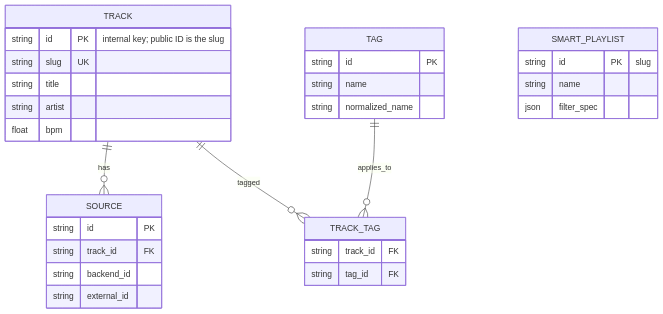
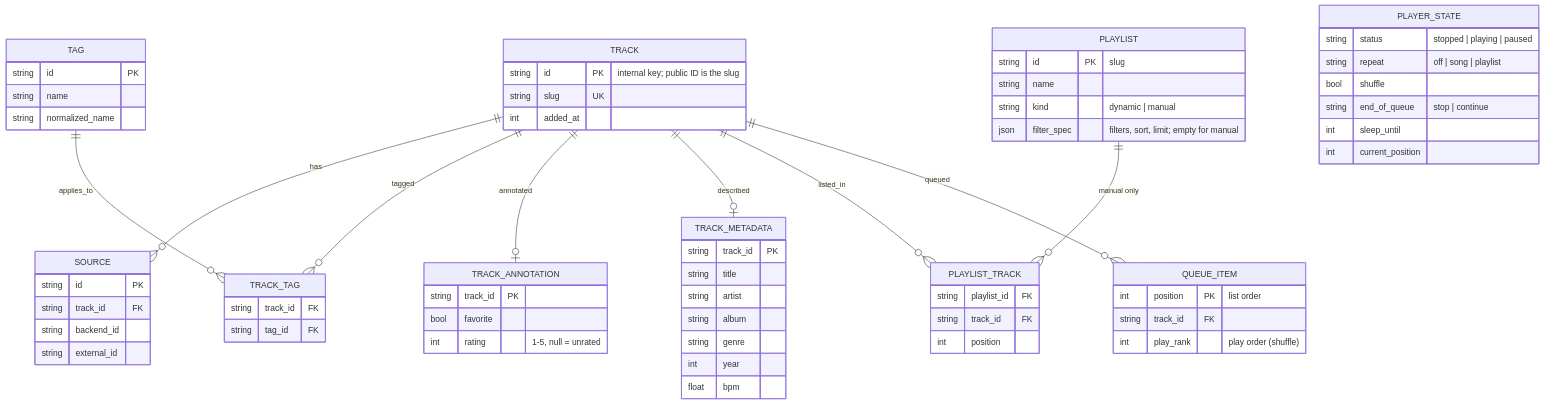
One commit to VaZark/weave changed the second of 2 diagrams in goals.md. Above: the diagram before and after it, drawn with Mermaid. The commit also changed other lines of this file and 23 other files, not shown here.

Commit message:
0.a2 and 0.a3: manual playlists, sort/limit, favorites, ratings; persistent queue, shuffle, repeat, end-of-queue continue, sleep timer

````diff
--- a/goals.md
+++ b/goals.md
@@ -88,33 +103,69 @@
 ```mermaid
 erDiagram
     TRACK ||--o{ SOURCE : has
     TRACK ||--o{ TRACK_TAG : tagged
     TAG ||--o{ TRACK_TAG : applies_to
+    TRACK ||--o| TRACK_ANNOTATION : annotated
+    TRACK ||--o| TRACK_METADATA : described
+    PLAYLIST ||--o{ PLAYLIST_TRACK : "manual only"
+    TRACK ||--o{ PLAYLIST_TRACK : listed_in
+    TRACK ||--o{ QUEUE_ITEM : queued
     TRACK {
         string id PK "internal key; public ID is the slug"
         string slug UK
+        int added_at
+    }
+    TRACK_METADATA {
+        string track_id PK
         string title
         string artist
+        string album
+        string genre
+        int year
         float bpm
+    }
+    TRACK_ANNOTATION {
+        string track_id PK
+        bool favorite
+        int rating "1-5, null = unrated"
     }
     SOURCE {
         string id PK
         string track_id FK
         string backend_id
         string external_id
     }
     TAG {
         string id PK
         string name
         string normalized_name
     }
     TRACK_TAG {
         string track_id FK
         string tag_id FK
     }
-    SMART_PLAYLIST {
+    PLAYLIST {
         string id PK "slug"
         string name
-        json filter_spec
+        string kind "dynamic | manual"
+        json filter_spec "filters, sort, limit; empty for manual"
+    }
+    PLAYLIST_TRACK {
+        string playlist_id FK
+        string track_id FK
+        int position
+    }
+    QUEUE_ITEM {
+        int position PK "list order"
+        string track_id FK
+        int play_rank "play order (shuffle)"
+    }
+    PLAYER_STATE {
+        string status "stopped | playing | paused"
+        string repeat "off | song | playlist"
+        bool shuffle
+        string end_of_queue "stop | continue"
+        int sleep_until
+        int current_position
     }
 ```
````
